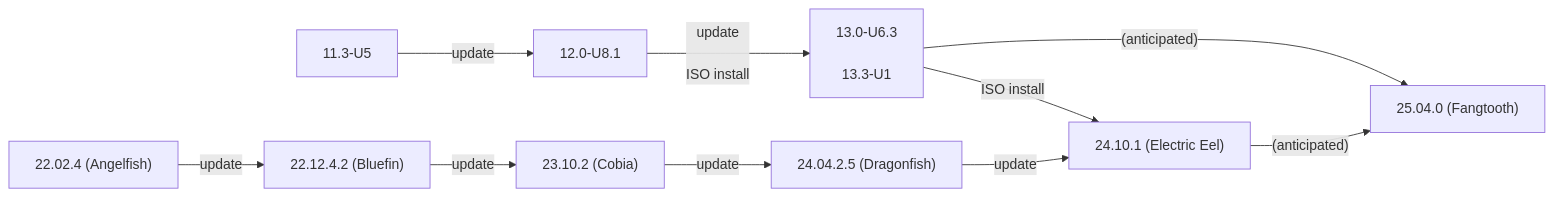
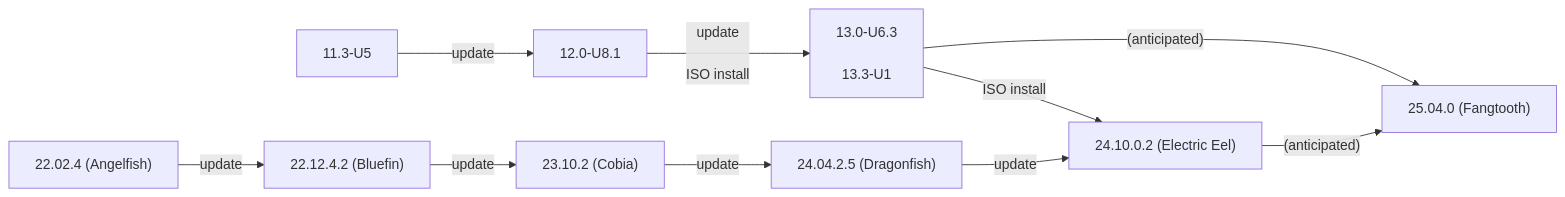
Before and after one commit to truenas/documentation: the first of 2 diagrams in static/includes/SCALEUpgradePaths.md, drawn with Mermaid. The commit also changed other lines of this file, not shown here.

```diff
--- a/static/includes/SCALEUpgradePaths.md
+++ b/static/includes/SCALEUpgradePaths.md
@@ -61,13 +61,13 @@
           {{< mermaid class="mermaid_sizing" >}}
           flowchart LR
             A["11.3-U5"] -->|update| B["12.0-U8.1"]
             B -->|"update<br><br>ISO install"| C["13.0-U6.3<br><br>13.3-U1"]
             C -->|ISO install| H
             C -->|"(anticipated)"| I
             D["22.02.4 (Angelfish)"] -->|update| E
             E["22.12.4.2 (Bluefin)"] -->|update| F
             F["23.10.2 (Cobia)"] -->|update| G
             G["24.04.2.5 (Dragonfish)"] -->|update| H
-            H["24.10.1 (Electric Eel)"] -->|"(anticipated)"| I
+            H["24.10.0.2 (Electric Eel)"] -->|"(anticipated)"| I
             I["25.04.0 (Fangtooth)"]
           {{< /mermaid >}}
```
